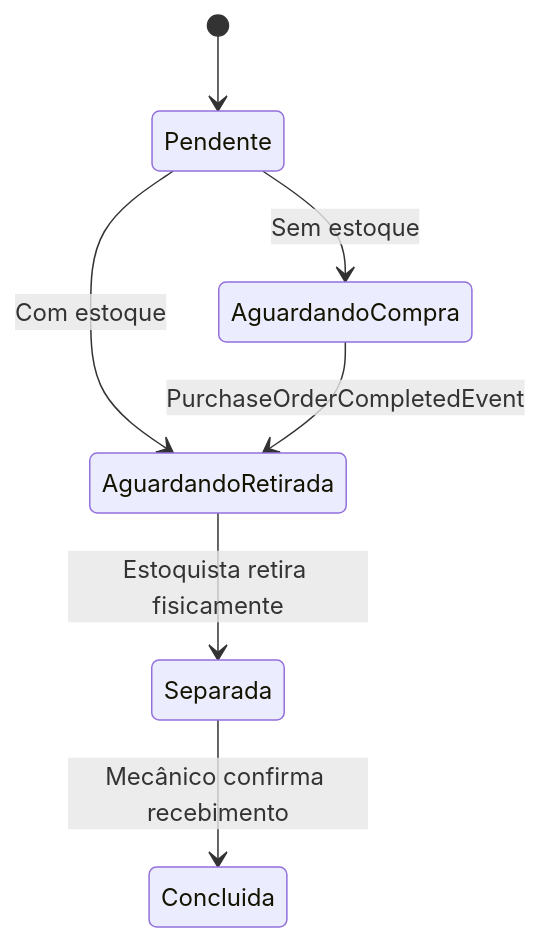
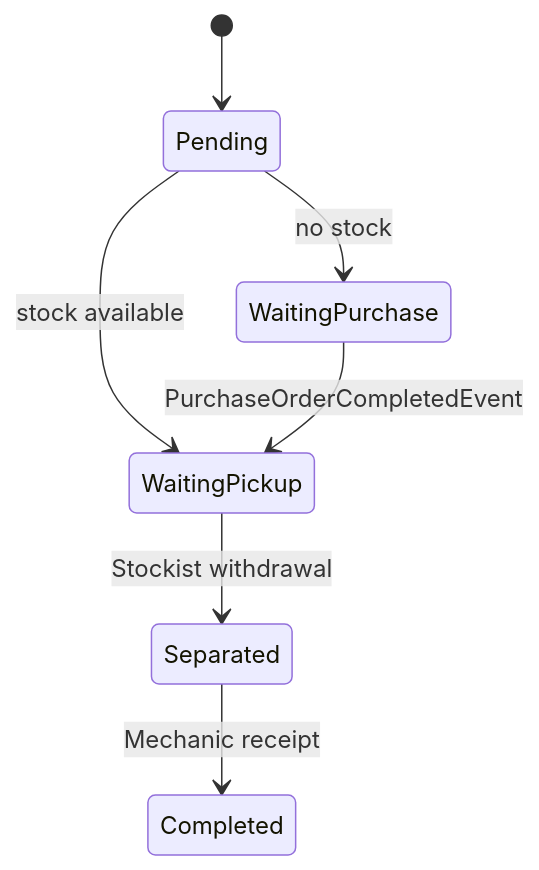
The fourth of 6 diagrams in docs/domain/bounded-contexts.md (marcossilvajnr/GarageFlow), drawn with Mermaid before and after one commit. The commit also changed other lines of this file and 32 other files, not shown here.

````diff
--- a/docs/domain/bounded-contexts.md
+++ b/docs/domain/bounded-contexts.md
@@ -202,9 +221,9 @@
 ```mermaid
 stateDiagram-v2
-    [*] --> Pendente
-    Pendente --> AguardandoCompra : Sem estoque
-    Pendente --> AguardandoRetirada : Com estoque
-    AguardandoCompra --> AguardandoRetirada : PurchaseOrderCompletedEvent
-    AguardandoRetirada --> Separada : Estoquista retira fisicamente
-    Separada --> Concluida : Mecânico confirma recebimento
+    [*] --> Pending
+    Pending --> WaitingPurchase : no stock
+    Pending --> WaitingPickup : stock available
+    WaitingPurchase --> WaitingPickup : PurchaseOrderCompletedEvent
+    WaitingPickup --> Separated : Stockist withdrawal
+    Separated --> Completed : Mechanic receipt
 ```
````
